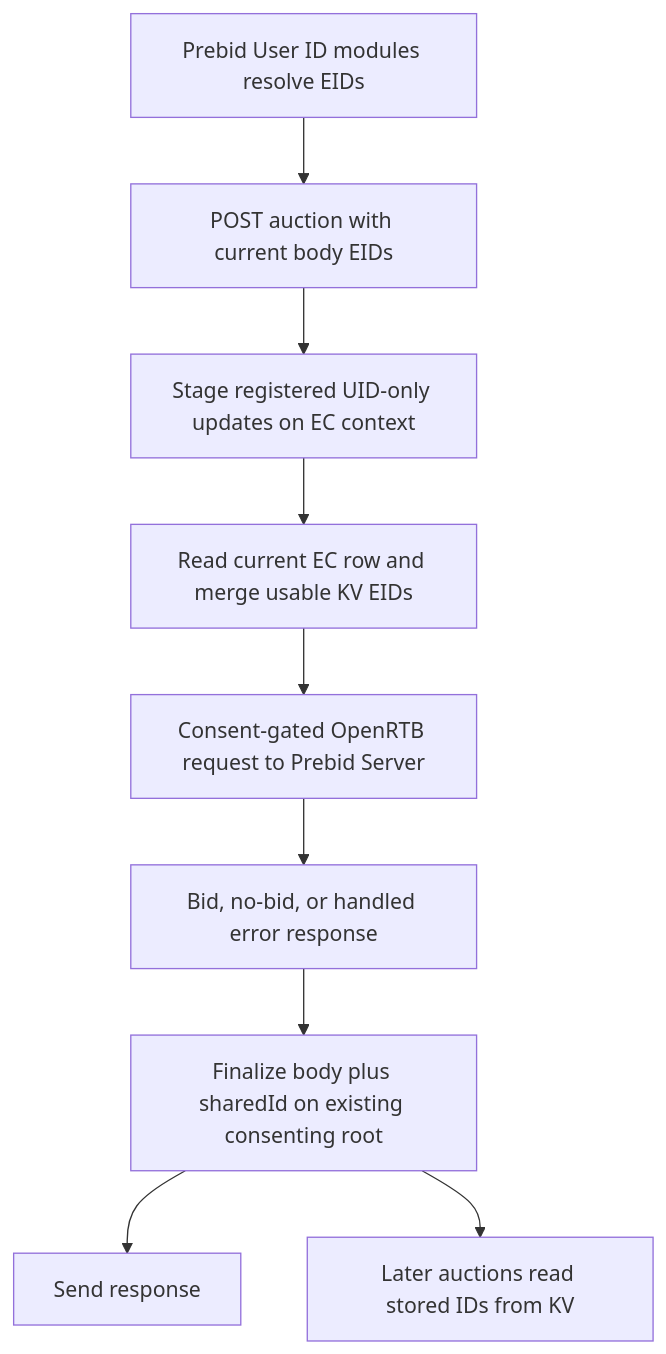
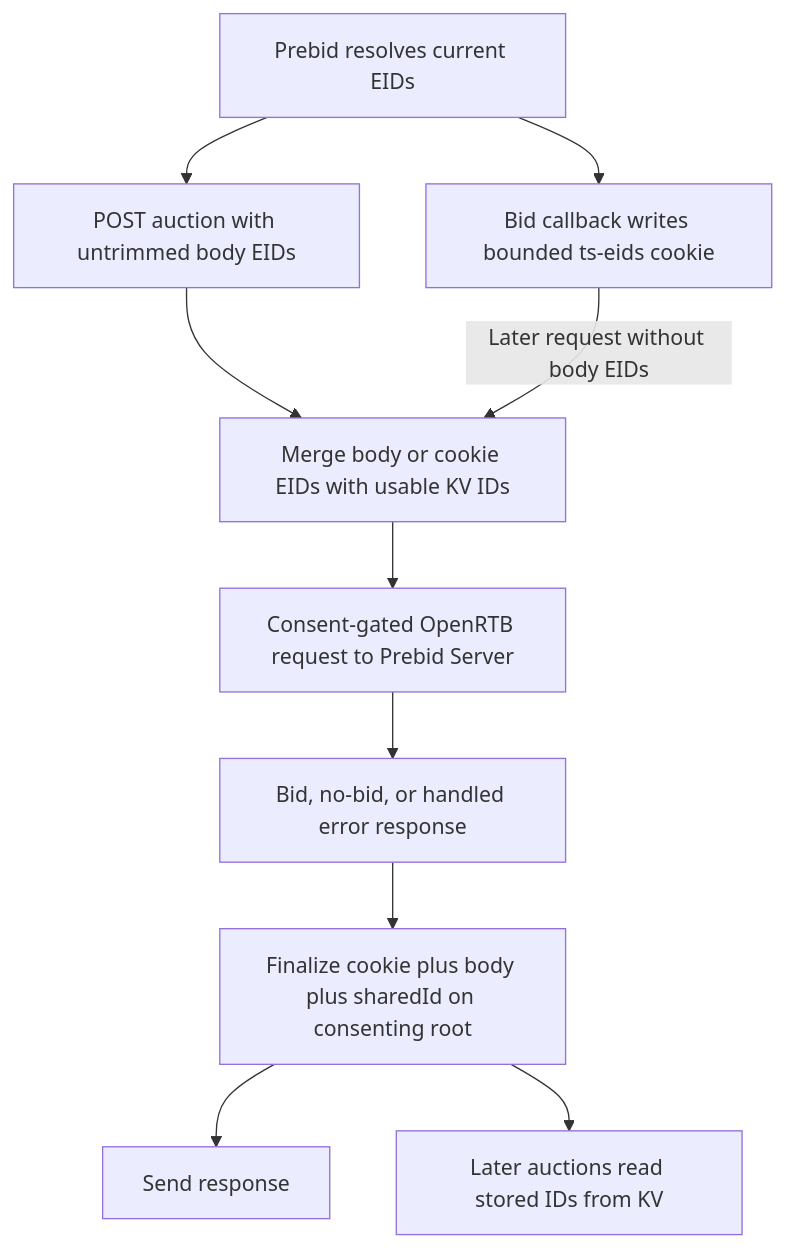
Before and after one commit to IABTechLab/trusted-server: the diagram in docs/guide/integrations/prebid.md, drawn with Mermaid. The commit also changed other lines of this file and 27 other files, not shown here.

````diff
--- a/docs/guide/integrations/prebid.md
+++ b/docs/guide/integrations/prebid.md
@@ -954,11 +959,12 @@
 ```mermaid
 flowchart TD
-    A[Prebid User ID modules resolve EIDs] --> B[POST auction with current body EIDs]
-    B --> C[Stage registered UID-only updates on EC context]
-    C --> D[Read current EC row and merge usable KV EIDs]
+    A[Prebid resolves current EIDs] --> B[POST auction with untrimmed body EIDs]
+    A --> C[Bid callback writes bounded ts-eids cookie]
+    B --> D[Merge body or cookie EIDs with usable KV IDs]
+    C -->|Later request without body EIDs| D
     D --> E[Consent-gated OpenRTB request to Prebid Server]
     E --> F[Bid, no-bid, or handled error response]
-    F --> G[Finalize body plus sharedId on existing consenting root]
+    F --> G[Finalize cookie plus body plus sharedId on consenting root]
     G --> H[Send response]
     G --> I[Later auctions read stored IDs from KV]
 ```
````
